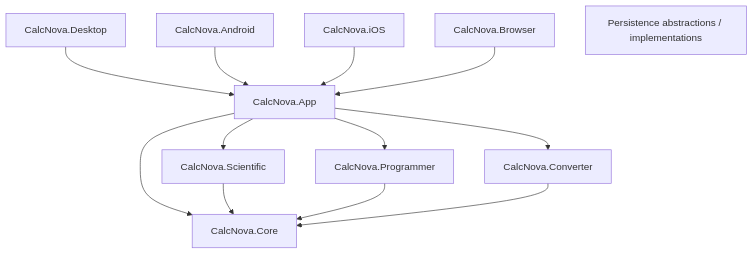
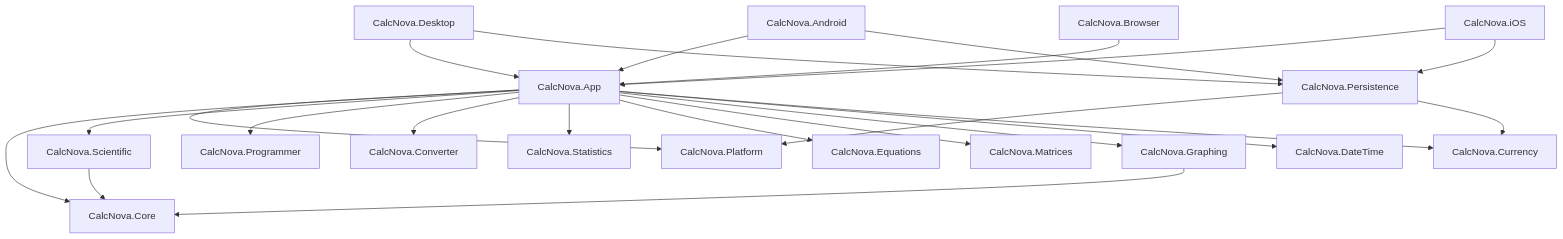
The diagram in docs/ARCHITECTURE.md (sanskarIN/CalcNova), drawn with Mermaid before and after one commit. The commit also changed other lines of this file, not shown here.

Commit message:
docs(architecture): document current modular application boundaries

````diff
--- a/docs/ARCHITECTURE.md
+++ b/docs/ARCHITECTURE.md
@@ -11,25 +11,47 @@
 ```mermaid
 flowchart TD
   Desktop[CalcNova.Desktop]
   Android[CalcNova.Android]
   iOS[CalcNova.iOS]
   Browser[CalcNova.Browser]
   App[CalcNova.App]
+  Platform[CalcNova.Platform]
+  Persistence[CalcNova.Persistence]
   Core[CalcNova.Core]
   Scientific[CalcNova.Scientific]
   Programmer[CalcNova.Programmer]
   Converter[CalcNova.Converter]
-  Persistence[Persistence abstractions / implementations]
+  Statistics[CalcNova.Statistics]
+  Equations[CalcNova.Equations]
+  Matrices[CalcNova.Matrices]
+  Graphing[CalcNova.Graphing]
+  DateTime[CalcNova.DateTime]
+  Currency[CalcNova.Currency]
 
   Desktop --> App
   Android --> App
   iOS --> App
   Browser --> App
+
+  Desktop --> Persistence
+  Android --> Persistence
+  iOS --> Persistence
+
+  App --> Platform
   App --> Core
   App --> Scientific
   App --> Programmer
   App --> Converter
+  App --> Statistics
+  App --> Equations
+  App --> Matrices
+  App --> Graphing
+  App --> DateTime
+  App --> Currency
+
+  Persistence --> Platform
+  Persistence --> Currency
+
   Scientific --> Core
-  Programmer --> Core
-  Converter --> Core
+  Graphing --> Core
 ```
````
